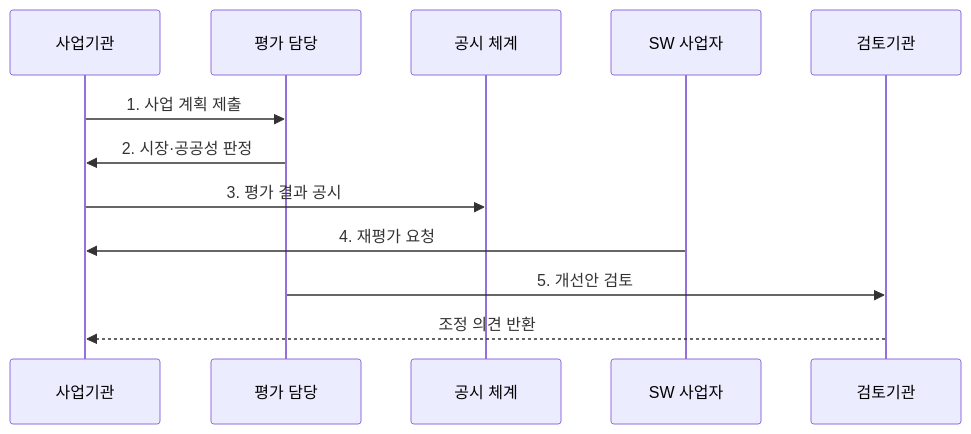
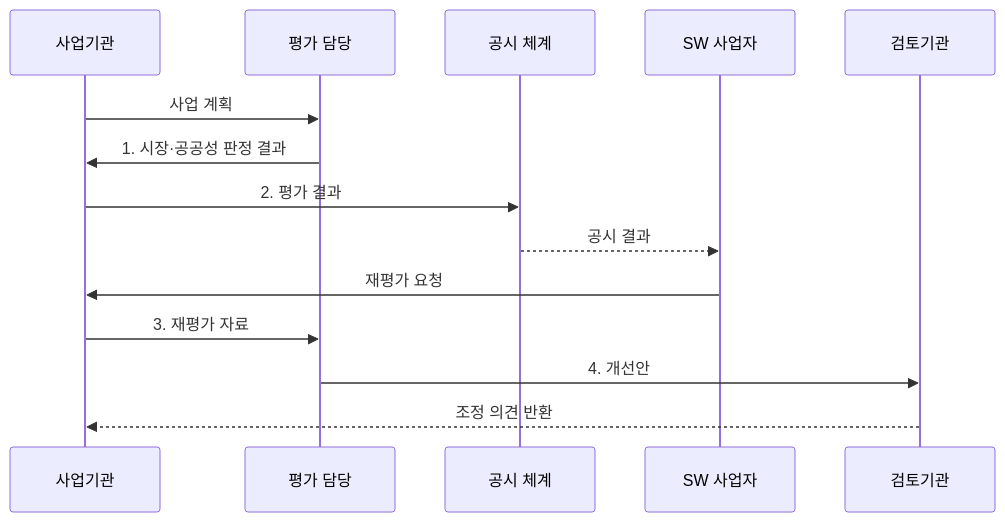
The second of 2 diagrams in src/content/docs/notes/03-software/192_sw_business_impact_assessment.md (agnusdei1207/knowledge-base), drawn with Mermaid before and after one commit. The commit also changed other lines of this file and 20 other files, not shown here.

````diff
--- a/src/content/docs/notes/03-software/192_sw_business_impact_assessment.md
+++ b/src/content/docs/notes/03-software/192_sw_business_impact_assessment.md
@@ -78,14 +78,16 @@
 ```mermaid
 sequenceDiagram
     participant A as 사업기관
     participant E as 평가 담당
     participant P as 공시 체계
     participant S as SW 사업자
     participant G as 검토기관
-    A->>E: 1. 사업 계획 제출
-    E->>A: 2. 시장·공공성 판정
-    A->>P: 3. 평가 결과 공시
-    S->>A: 4. 재평가 요청
-    E->>G: 5. 개선안 검토
+    A->>E: 사업 계획
+    E->>A: 1. 시장·공공성 판정 결과
+    A->>P: 2. 평가 결과
+    P-->>S: 공시 결과
+    S->>A: 재평가 요청
+    A->>E: 3. 재평가 자료
+    E->>G: 4. 개선안
     G-->>A: 조정 의견 반환
 ```
````
